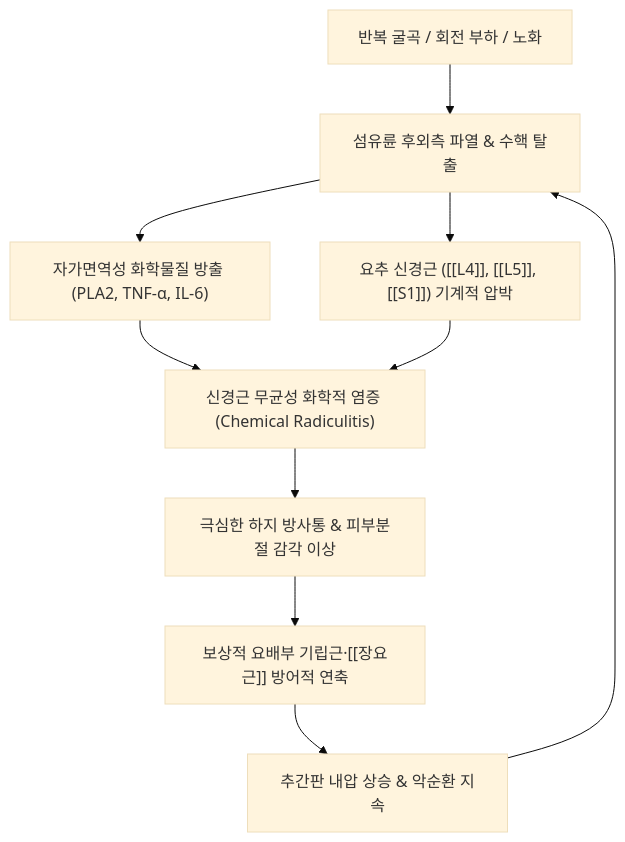
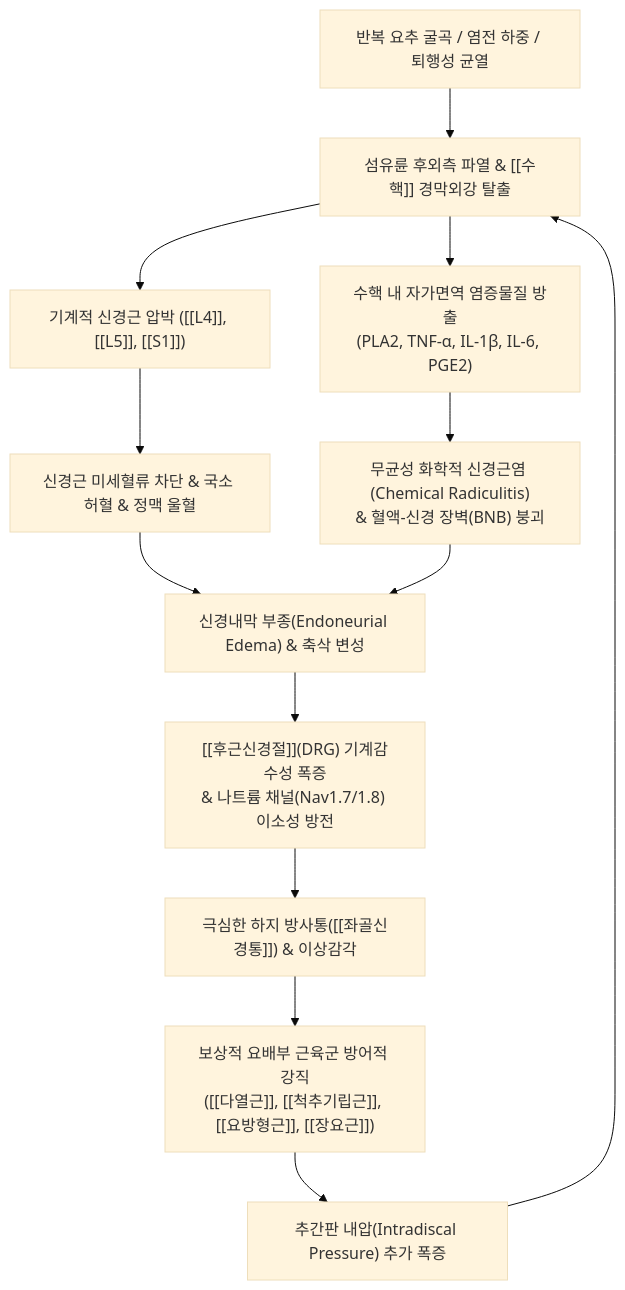
Before and after one commit to simbio11/simbio-digital-garden2: the first of 3 diagrams in content/3. 이론 공부/질환/근골격계 질환/요추부/요추 추간판 탈출증.md, drawn with Mermaid (base theme). The commit also changed other lines of this file and 350 other files, not shown here.

````diff
--- a/content/3. 이론 공부/질환/근골격계 질환/요추부/요추 추간판 탈출증.md
+++ b/content/3. 이론 공부/질환/근골격계 질환/요추부/요추 추간판 탈출증.md
@@ -72,12 +111,20 @@
 ```mermaid
 graph TD
-    Cause["반복 굴곡 / 회전 부하 / 노화"] --> AF_Tear["섬유륜 후외측 파열 & 수핵 탈출"]
-    AF_Tear --> DirectPress["요추 신경근 ([[L4]], [[L5]], [[S1]]) 기계적 압박"]
-    AF_Tear --> Chemical["자가면역성 화학물질 방출 (PLA2, TNF-α, IL-6)"]
-    Chemical --> Radiculitis["신경근 무균성 화학적 염증 (Chemical Radiculitis)"]
-    DirectPress --> Radiculitis
-    Radiculitis --> Sciatica["극심한 하지 방사통 & 피부분절 감각 이상"]
-    Sciatica --> Spasm["보상적 요배부 기립근·[[장요근]] 방어적 연축"]
-    Spasm --> CanalLoad["추간판 내압 상승 & 악순환 지속"]
-    CanalLoad --> AF_Tear
+    Stress["반복 요추 굴곡 / 염전 하중 / 퇴행성 균열"] --> AnnularTear["섬유륜 후외측 파열 & [[수핵]] 경막외강 탈출"]
+    
+    AnnularTear --> MechPress["기계적 신경근 압박 ([[L4]], [[L5]], [[S1]])"]
+    AnnularTear --> ChemRelease["수핵 내 자가면역 염증물질 방출<br>(PLA2, TNF-α, IL-1β, IL-6, PGE2)"]
+    
+    MechPress --> Ischemia["신경근 미세혈류 차단 & 국소 허혈 & 정맥 울혈"]
+    ChemRelease --> Radiculitis["무균성 화학적 신경근염 (Chemical Radiculitis)<br>& 혈액-신경 장벽(BNB) 붕괴"]
+    
+    Ischemia --> IntraEdema["신경내막 부종(Endoneurial Edema) & 축삭 변성"]
+    Radiculitis --> IntraEdema
+    
+    IntraEdema --> HyperExcitable["[[후근신경절]](DRG) 기계감수성 폭증<br>& 나트륨 채널(Nav1.7/1.8) 이소성 방전"]
+    HyperExcitable --> SciaticaPain["극심한 하지 방사통([[좌골신경통]]) & 이상감각"]
+    
+    SciaticaPain --> MuscleSpasm["보상적 요배부 근육군 방어적 강직<br>([[다열근]], [[척추기립근]], [[요방형근]], [[장요근]])"]
+    MuscleSpasm --> DiscLoad["추간판 내압(Intradiscal Pressure) 추가 폭증"]
+    DiscLoad --> AnnularTear
 ```
````
